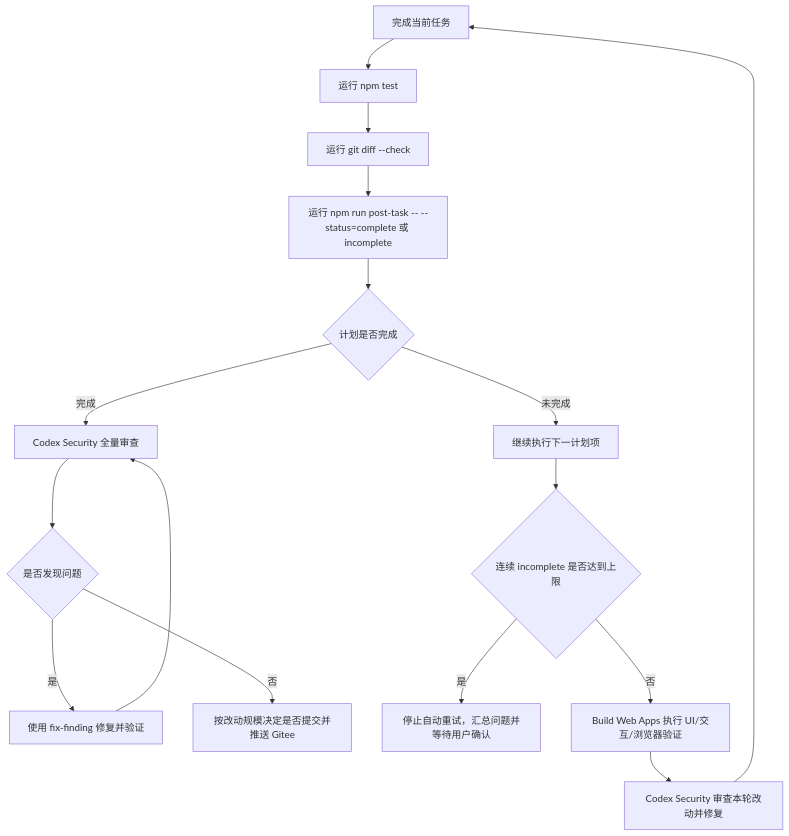
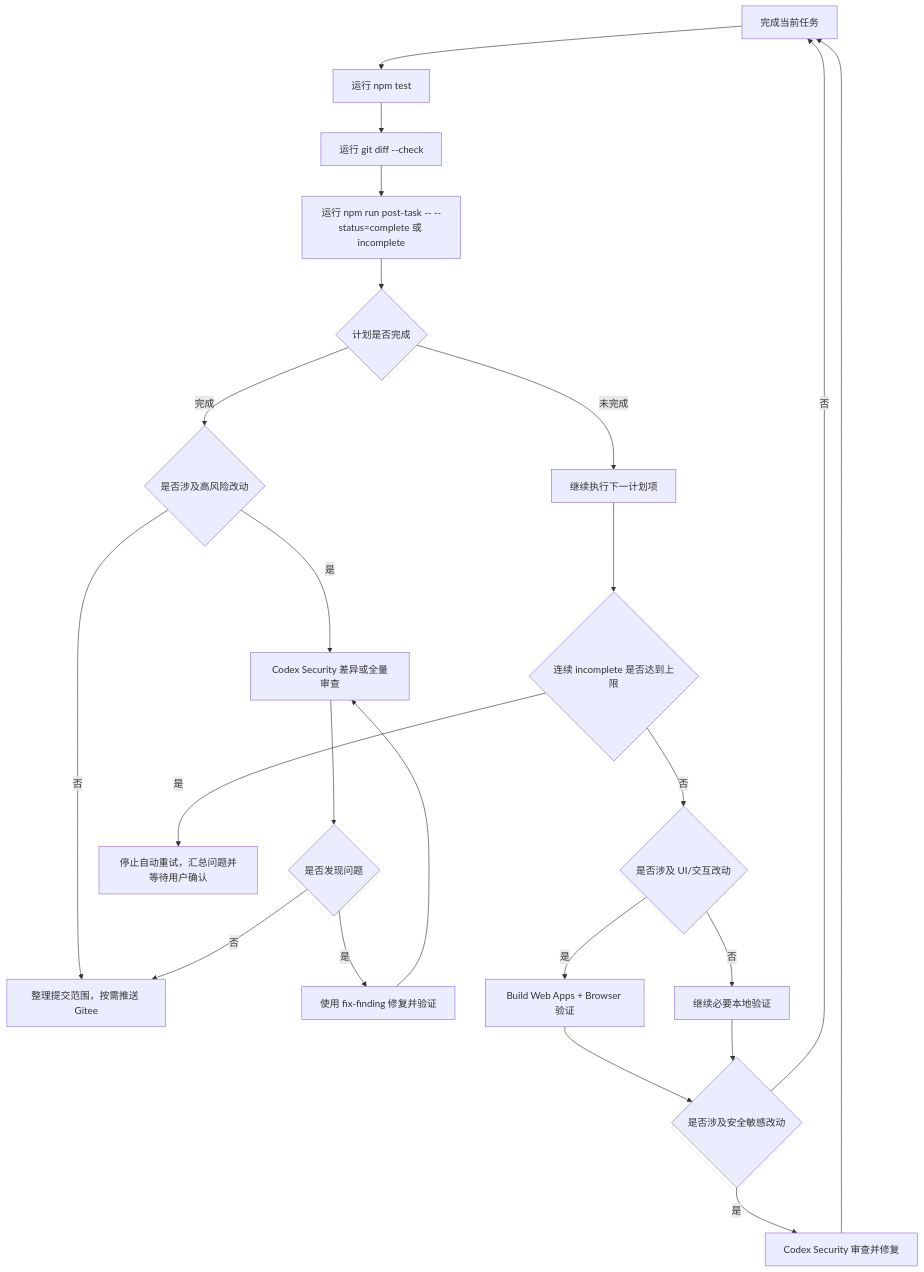
Before and after one commit to hugocat26-jpg/HEXCORE-2.0: the diagram in docs/12_任务后置钩子.md, drawn with Mermaid. The commit also changed other lines of this file and 15 other files, not shown here.

````diff
--- a/docs/12_任务后置钩子.md
+++ b/docs/12_任务后置钩子.md
@@ -12,18 +12,25 @@
 ```mermaid
 flowchart TD
   A["完成当前任务"] --> B["运行 npm test"]
   B --> C["运行 git diff --check"]
   C --> D["运行 npm run post-task -- --status=complete 或 incomplete"]
   D --> E{"计划是否完成"}
-  E -->|"完成"| F["Codex Security 全量审查"]
-  F --> G{"是否发现问题"}
-  G -->|"是"| H["使用 fix-finding 修复并验证"]
-  H --> F
-  G -->|"否"| I["按改动规模决定是否提交并推送 Gitee"]
+  E -->|"完成"| F{"是否涉及高风险改动"}
+  F -->|"是"| G["Codex Security 差异或全量审查"]
+  F -->|"否"| I["整理提交范围，按需推送 Gitee"]
+  G --> H{"是否发现问题"}
+  H -->|"是"| O["使用 fix-finding 修复并验证"]
+  O --> G
+  H -->|"否"| I
   E -->|"未完成"| J["继续执行下一计划项"]
   J --> M{"连续 incomplete 是否达到上限"}
   M -->|"是"| N["停止自动重试，汇总问题并等待用户确认"]
-  M -->|"否"| K["Build Web Apps 执行 UI/交互/浏览器验证"]
-  K --> L["Codex Security 审查本轮改动并修复"]
-  L --> A
+  M -->|"否"| K{"是否涉及 UI/交互改动"}
+  K -->|"是"| L["Build Web Apps + Browser 验证"]
+  K -->|"否"| P["继续必要本地验证"]
+  L --> Q{"是否涉及安全敏感改动"}
+  P --> Q
+  Q -->|"是"| R["Codex Security 审查并修复"]
+  Q -->|"否"| A
+  R --> A
 ```
````
